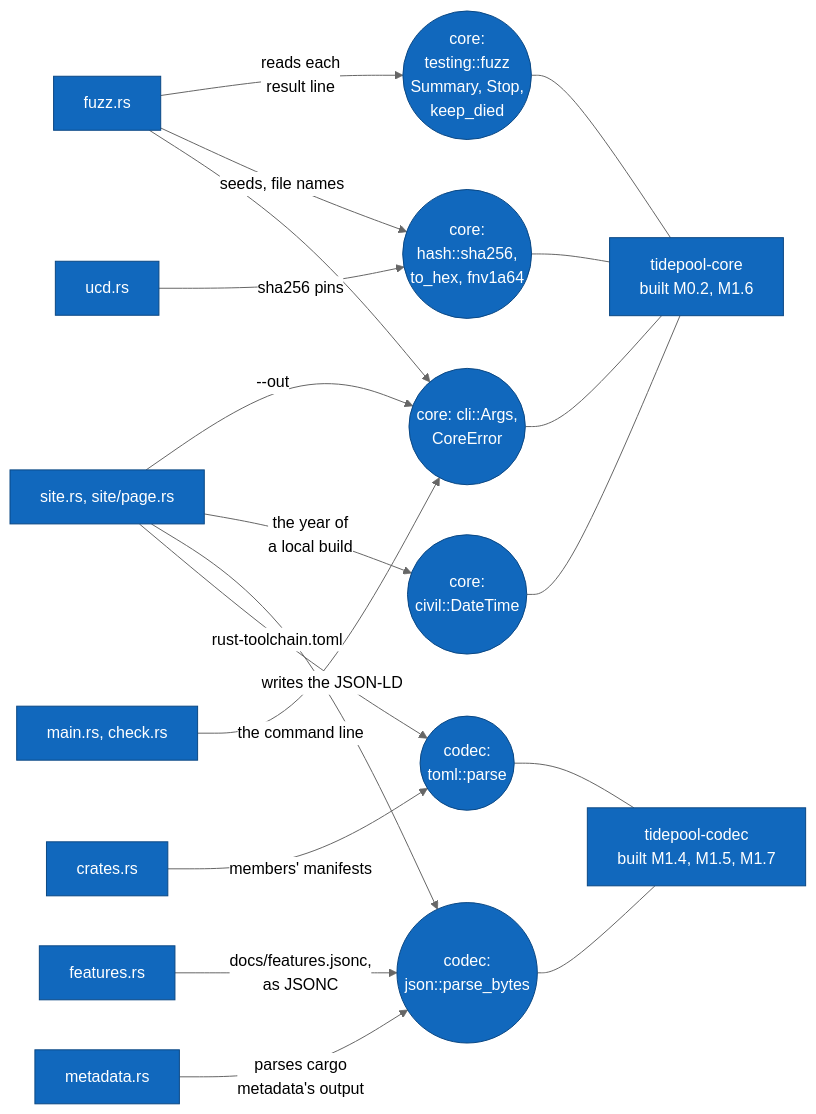
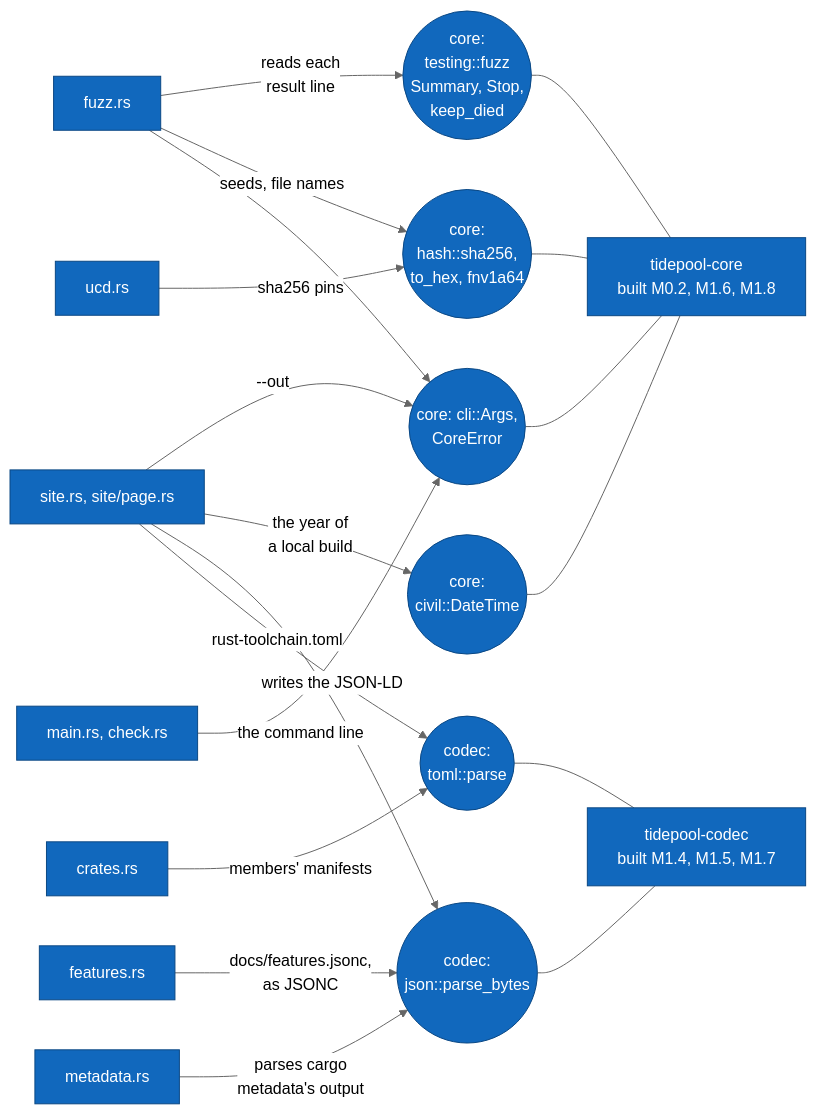
One commit to jabbott-iii/Tidepool changed diagram 19 of 21 in diagrams/component-diagrams.md. Above: the diagram before and after it, drawn with Mermaid (neutral theme). The commit also changed 16 other files, not shown here.

````diff
--- a/diagrams/component-diagrams.md
+++ b/diagrams/component-diagrams.md
@@ -1040,44 +1040,44 @@
 ```mermaid
 flowchart LR
     c_main["main.rs, check.rs"]
     c_ucd["ucd.rs"]
     c_fuzz["fuzz.rs"]
     c_meta["metadata.rs"]
     c_crates["crates.rs"]
     c_features["features.rs"]
     c_site["site.rs, site/page.rs"]
 
     i_cli(("core: cli::Args,<br/>CoreError"))
     i_hash(("core:<br/>hash::sha256,<br/>to_hex, fnv1a64"))
     i_fuzzapi(("core:<br/>testing::fuzz<br/>Summary, Stop,<br/>keep_died"))
     i_json(("codec:<br/>json::parse_bytes"))
     i_toml(("codec:<br/>toml::parse"))
     i_civil(("core:<br/>civil::DateTime"))
 
-    c_core["tidepool-core<br/>built M0.2, M1.6"]
+    c_core["tidepool-core<br/>built M0.2, M1.6, M1.8"]
     c_codec["tidepool-codec<br/>built M1.4, M1.5, M1.7"]
 
     c_main -->|"the command line"| i_cli
     c_fuzz --> i_cli
     c_ucd -->|"sha256 pins"| i_hash
     c_fuzz -->|"seeds, file names"| i_hash
     c_fuzz -->|"reads each<br/>result line"| i_fuzzapi
     c_meta -->|"parses cargo<br/>metadata's output"| i_json
     c_crates -->|"members' manifests"| i_toml
     c_features -->|"docs/features.jsonc,<br/>as JSONC"| i_json
     c_site -->|"rust-toolchain.toml"| i_toml
     c_site -->|"writes the JSON-LD"| i_json
     c_site -->|"the year of<br/>a local build"| i_civil
     c_site -->|"--out"| i_cli
 
     i_cli --- c_core
     i_hash --- c_core
     i_fuzzapi --- c_core
     i_json --- c_codec
     i_toml --- c_codec
     i_civil --- c_core
 
     classDef built fill:#1168bd,stroke:#0b4884,color:#ffffff
     class c_main,c_ucd,c_fuzz,c_meta,c_crates,c_features,c_site,c_core,c_codec built
     class i_cli,i_hash,i_fuzzapi,i_json,i_toml,i_civil built
 ```
````
